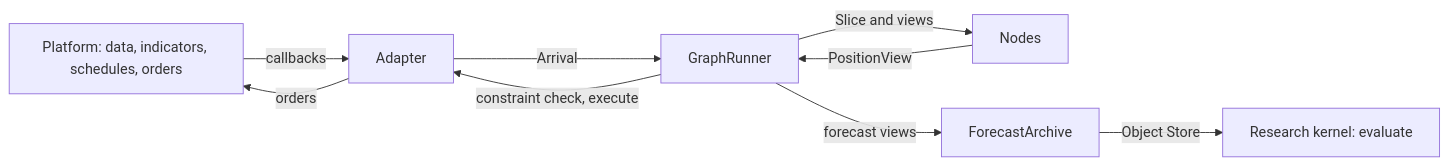
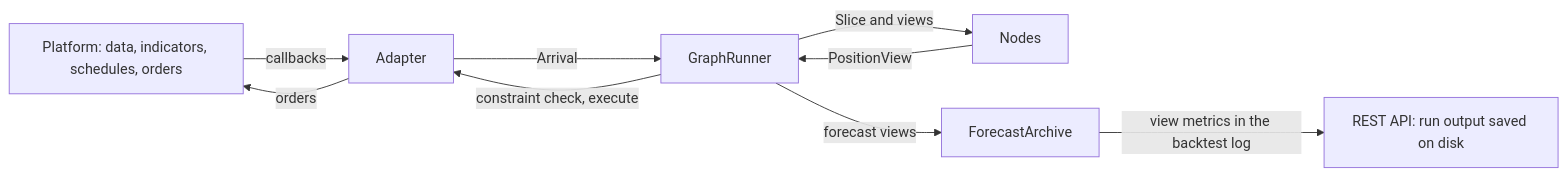
Before and after one commit to jibidnd/sugarloaf: the diagram in README.md, drawn with Mermaid. The commit also changed 32 other files, not shown here.

````diff
--- a/README.md
+++ b/README.md
@@ -11,11 +11,11 @@
 ```mermaid
 flowchart LR
     P[Platform: data, indicators, schedules, orders] -->|callbacks| A[Adapter]
     A -->|Arrival| R[GraphRunner]
     R -->|Slice and views| N[Nodes]
     N -->|PositionView| R
     R -->|constraint check, execute| A
     A -->|orders| P
     R -->|forecast views| F[ForecastArchive]
-    F -->|Object Store| K[Research kernel: evaluate]
+    F -->|view metrics in the backtest log| K[REST API: run output saved on disk]
 ```
````
